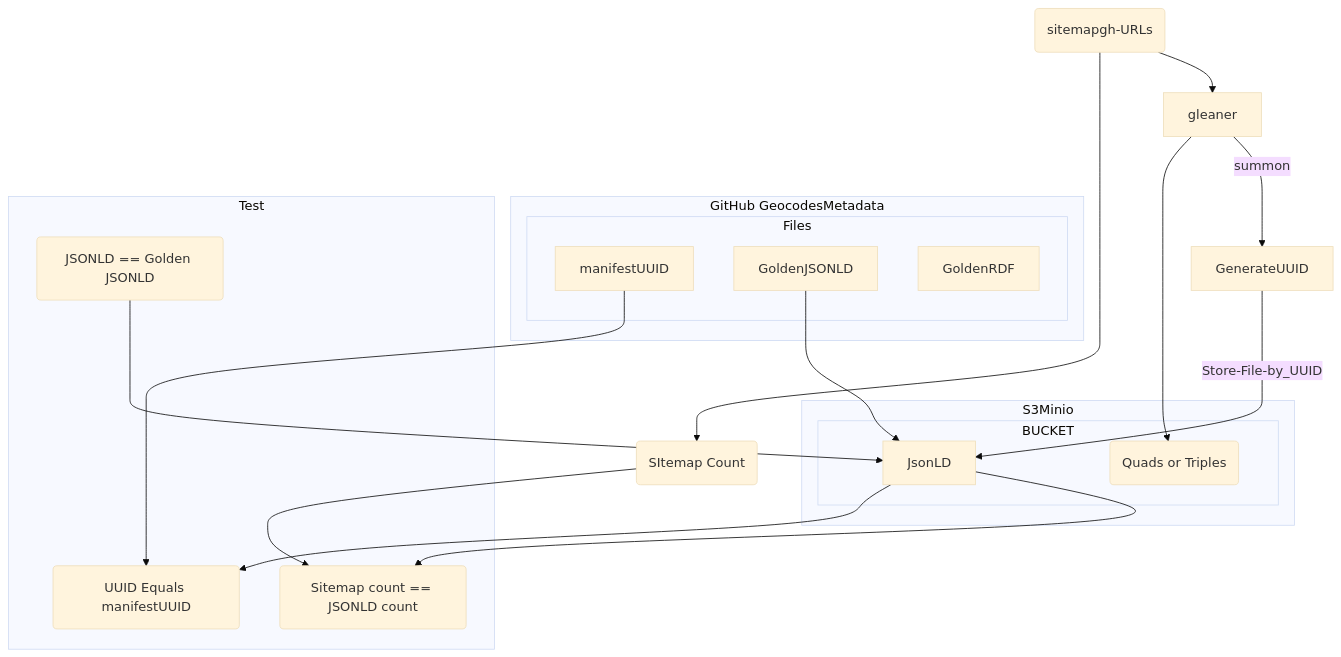
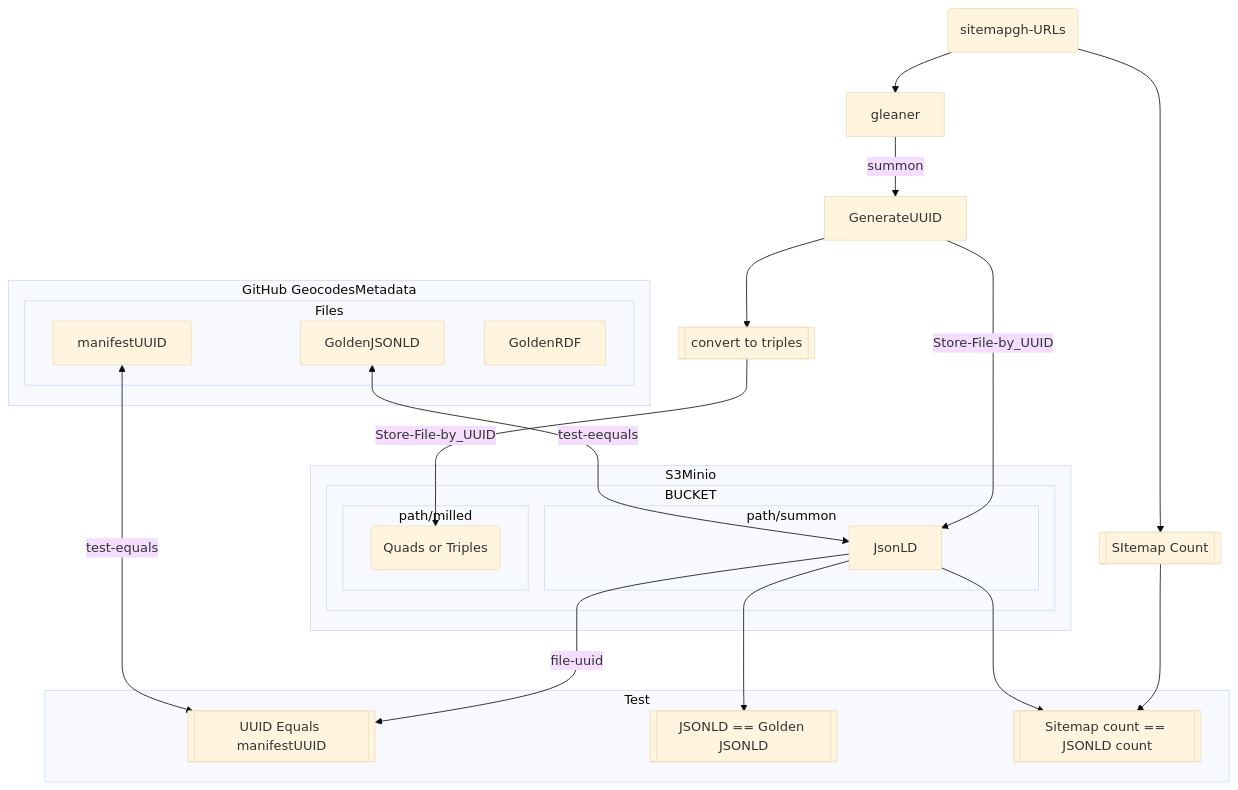
One commit to MBcode/ec changed the second of 4 diagrams in test/readme.md. Above: the diagram before and after it, drawn with Mermaid (base theme). The commit also changed other lines of this file, not shown here.

````diff
--- a/test/readme.md
+++ b/test/readme.md
@@ -83,32 +102,37 @@
 ```mermaid
 flowchart TD
    subgraph GitHub GeocodesMetadata 
       subgraph Files 
          manifestUUID
          GoldenJSONLD
          GoldenRDF
 
       end
    end
    subgraph S3Minio 
       subgraph BUCKET 
-         JsonLD
-         RDF(Quads or Triples)
-      end
+          subgraph path/summon 
+             JsonLD       
+          end
+         subgraph path/milled
+             RDF(Quads or Triples)
+          end
+      end 
    end
   SG(sitemapgh-URLs) --> gleaner  -- summon --> GenerateUUID 
+  SG(sitemapgh-URLs)  --> SMC[[SItemap Count ]]
+  subgraph Test
+    GLNRUUID[[UUID Equals manifestUUID ]]
+    GLNRJSON[[ JSONLD == Golden JSONLD]]
+    GLNRCOUNT[[ Sitemap count == JSONLD count ]]
+  end
+  GoldenJSONLD <-- test-eequals --> JsonLD
   GenerateUUID -- Store-File-by_UUID --> JsonLD 
-  SG(sitemapgh-URLs) --> SMC( SItemap Count )
-  subgraph Test
-    GLNRUUID(UUID Equals manifestUUID )
-    GLNRCOUNT( Sitemap count == JSONLD count )
-    GLNRJSON( JSONLD == Golden JSONLD)
-  end
+  GenerateUUID --> GLNRCTRIPLES[[convert to triples]] -- Store-File-by_UUID --> RDF 
   JsonLD --> GLNRCOUNT
   SMC --> GLNRCOUNT
-  manifestUUID --> GLNRUUID
-  JsonLD --> GLNRUUID 
-  gleaner  --> RDF
-  GoldenJSONLD --> JsonLD
-  GLNRJSON --> JsonLD
+  manifestUUID <-- test-equals --> GLNRUUID
+  JsonLD -- file-uuid --> GLNRUUID 
+
+  JsonLD -->  GLNRJSON 
 ```
````
